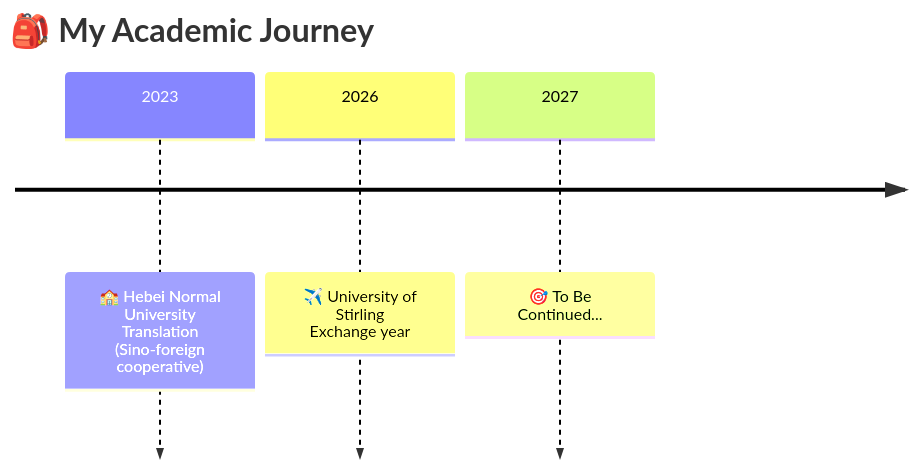
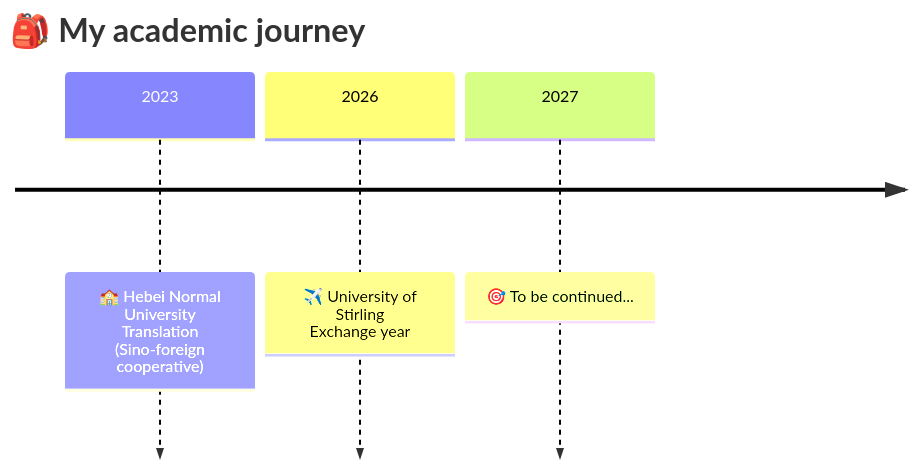
The diagram in README.md (Waterc0lorEyes/Waterc0lorEyes), drawn with Mermaid before and after one commit. The commit also changed other lines of this file and 3 other files, not shown here.

````diff
--- a/README.md
+++ b/README.md
@@ -28,7 +58,7 @@
 ```mermaid
 timeline
-    title 🎒 My Academic Journey
+    title 🎒 My academic journey
     2023 : 🏫 Hebei Normal University<br>Translation (Sino-foreign cooperative)
     2026 : ✈️ University of Stirling<br>Exchange year
-    2027 : 🎯 To Be Continued...
+    2027 : 🎯 To be continued...
 ```
````
